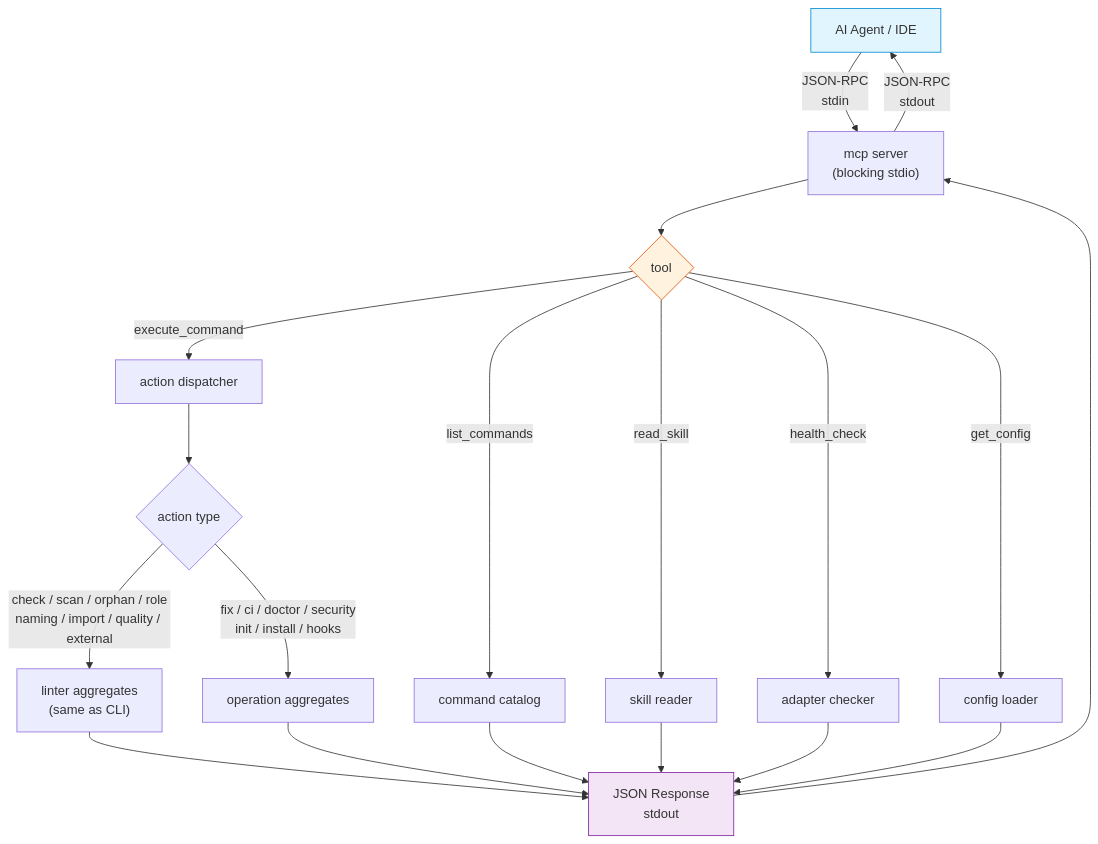
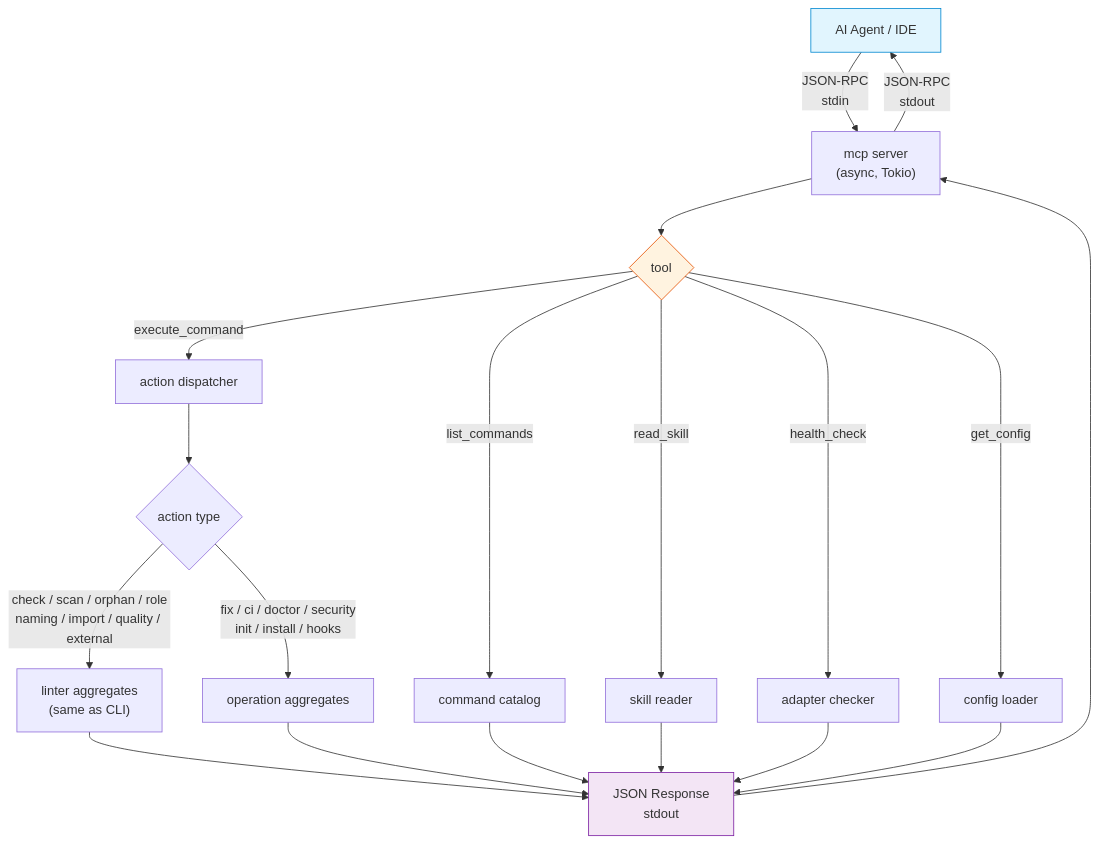
The diagram in crates/mcp-server/FRD.md (rakaarwaky/lint-arwaky), drawn with Mermaid before and after one commit. The commit also changed other lines of this file and 9 other files, not shown here.

````diff
--- a/crates/mcp-server/FRD.md
+++ b/crates/mcp-server/FRD.md
@@ -14,29 +15,29 @@
 ```mermaid
 flowchart TD
-    A["AI Agent / IDE"] -->|"JSON-RPC\nstdin"| B["mcp server\n(blocking stdio)"]
+    A["AI Agent / IDE"] -->|"JSON-RPC\nstdin"| B["mcp server\n(async, Tokio)"]
     B --> C{"tool"}
 
     C -->|"execute_command"| D["action dispatcher"]
     C -->|"list_commands"| E["command catalog"]
     C -->|"read_skill"| F["skill reader"]
     C -->|"health_check"| G["adapter checker"]
     C -->|"get_config"| H["config loader"]
 
     D --> I{"action type"}
     I -->|"check / scan / orphan / role\nnaming / import / quality / external"| J["linter aggregates\n(same as CLI)"]
     I -->|"fix / ci / doctor / security\ninit / install / hooks"| K["operation aggregates"]
 
     J --> L["JSON Response\nstdout"]
     K --> L
     E --> L
     F --> L
     G --> L
     H --> L
 
     L --> B
     B -->|"JSON-RPC\nstdout"| A
 
     style A fill:#e1f5fe,stroke:#0288d1
     style C fill:#fff3e0,stroke:#e65100
     style L fill:#f3e5f5,stroke:#7b1fa2
 ```
````
